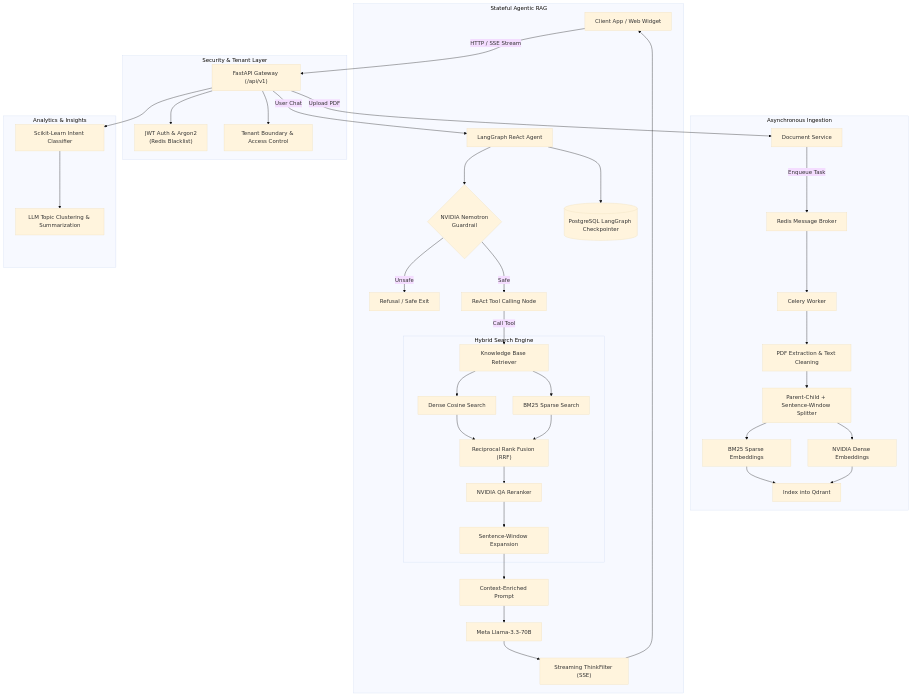
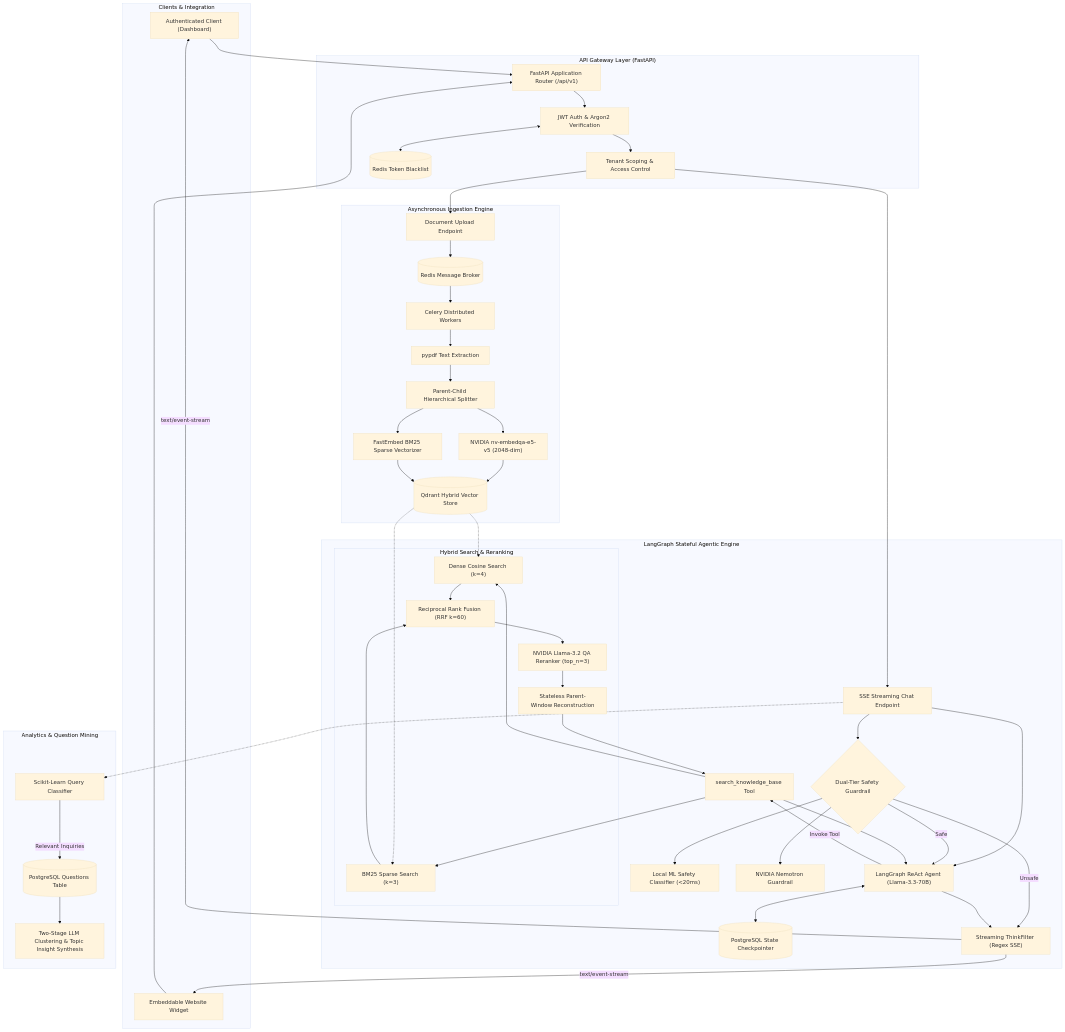
The first of 3 diagrams in README.md (arunpunithkumar3-a11y/Knowra-Ai), drawn with Mermaid (base theme) before and after one commit. The commit also changed other lines of this file and 1 other file, not shown here.

Commit message:
docs: overhaul README with comprehensive architecture, sequence workflows, and benchmarks; fix asyncpg connection scheme

````diff
--- a/README.md
+++ b/README.md
@@ -19,47 +44,88 @@
 ```mermaid
 flowchart TD
-    Client["Client App / Web Widget"] -->|HTTP / SSE Stream| API["FastAPI Gateway (/api/v1)"]
-    
-    subgraph Security & Tenant Layer
-        API --> Auth["JWT Auth & Argon2<br/>(Redis Blacklist)"]
-        API --> MultiTenant["Tenant Boundary & Access Control"]
+    subgraph Clients["Clients & Integration"]
+        Browser["Authenticated Client (Dashboard)"]
+        Widget["Embeddable Website Widget"]
     end
 
-    subgraph Asynchronous Ingestion
-        API -->|Upload PDF| DocService["Document Service"]
-        DocService -->|Enqueue Task| RedisQueue["Redis Message Broker"]
-        RedisQueue --> CeleryWorker["Celery Worker"]
-        CeleryWorker --> PyPDF["PDF Extraction & Text Cleaning"]
-        PyPDF --> Chunking["Parent-Child + Sentence-Window Splitter"]
-        Chunking --> FastEmbed["BM25 Sparse Embeddings"]
-        Chunking --> DenseEmbed["NVIDIA Dense Embeddings"]
-        FastEmbed & DenseEmbed --> QdrantSync["Index into Qdrant"]
+    subgraph Gateway["API Gateway Layer (FastAPI)"]
+        Router["FastAPI Application Router (/api/v1)"]
+        AuthMid["JWT Auth & Argon2 Verification"]
+        TenantMid["Tenant Scoping & Access Control"]
+        RedisRevoke[("Redis Token Blacklist")]
     end
 
-    subgraph Stateful Agentic RAG
-        API -->|User Chat| AgentNode["LangGraph ReAct Agent"]
-        AgentNode --> SafetyCheck{"NVIDIA Nemotron<br/>Guardrail"}
-        SafetyCheck -->|Unsafe| GuardResponse["Refusal / Safe Exit"]
-        SafetyCheck -->|Safe| ToolDecider["ReAct Tool Calling Node"]
-        ToolDecider -->|Call Tool| RetrieverTool["Knowledge Base Retriever"]
-        
-        subgraph Hybrid Search Engine
-            RetrieverTool --> DenseQdrant["Dense Cosine Search"]
-            RetrieverTool --> SparseQdrant["BM25 Sparse Search"]
-            DenseQdrant & SparseQdrant --> RRF["Reciprocal Rank Fusion (RRF)"]
-            RRF --> Rerank["NVIDIA QA Reranker"]
-            Rerank --> WindowExpand["Sentence-Window Expansion"]
-        end
-        
-        WindowExpand --> LLMContext["Context-Enriched Prompt"]
-        LLMContext --> LLM["Meta Llama-3.3-70B"]
-        LLM --> ThinkFilter["Streaming ThinkFilter (SSE)"]
-        ThinkFilter --> Client
-        AgentNode --> PGCheckpointer[("PostgreSQL LangGraph Checkpointer")]
+    subgraph AsyncIngestion["Asynchronous Ingestion Engine"]
+        DocAPI["Document Upload Endpoint"]
+        RedisBroker[("Redis Message Broker")]
+        CeleryWorker["Celery Distributed Workers"]
+        PDFParser["pypdf Text Extraction"]
+        Chunker["Parent-Child Hierarchical Splitter"]
+        DenseModel["NVIDIA nv-embedqa-e5-v5 (2048-dim)"]
+        SparseModel["FastEmbed BM25 Sparse Vectorizer"]
+        QdrantStore[("Qdrant Hybrid Vector Store")]
     end
 
-    subgraph Analytics & Insights
-        API --> QueryClassifier["Scikit-Learn Intent Classifier"]
-        QueryClassifier --> QuestionClustering["LLM Topic Clustering & Summarization"]
+    subgraph AgenticRAG["LangGraph Stateful Agentic Engine"]
+        ChatAPI["SSE Streaming Chat Endpoint"]
+        Checkpointer[("PostgreSQL State Checkpointer")]
+        SafetyGate{"Dual-Tier Safety Guardrail"}
+        ClassifierML["Local ML Safety Classifier (<20ms)"]
+        NemotronGuard["NVIDIA Nemotron Guardrail"]
+        ReActAgent["LangGraph ReAct Agent (Llama-3.3-70B)"]
+        KBTool["search_knowledge_base Tool"]
+        
+        subgraph HybridSearch["Hybrid Search & Reranking"]
+            QdrantDense["Dense Cosine Search (k=4)"]
+            QdrantSparse["BM25 Sparse Search (k=3)"]
+            RRF["Reciprocal Rank Fusion (RRF k=60)"]
+            Rerank["NVIDIA Llama-3.2 QA Reranker (top_n=3)"]
+            WindowReconstruct["Stateless Parent-Window Reconstruction"]
+        end
+
+        ThinkFilter["Streaming ThinkFilter (Regex SSE)"]
     end
+
+    subgraph AnalyticsEngine["Analytics & Question Mining"]
+        RelevanceML["Scikit-Learn Query Classifier"]
+        QuestionRepo[("PostgreSQL Questions Table")]
+        ClusterChain["Two-Stage LLM Clustering & Topic Insight Synthesis"]
+    end
+
+    Browser --> Router
+    Widget --> Router
+    Router --> AuthMid
+    AuthMid <--> RedisRevoke
+    AuthMid --> TenantMid
+
+    TenantMid --> DocAPI
+    DocAPI --> RedisBroker
+    RedisBroker --> CeleryWorker
+    CeleryWorker --> PDFParser --> Chunker
+    Chunker --> DenseModel & SparseModel
+    DenseModel & SparseModel --> QdrantStore
+
+    TenantMid --> ChatAPI
+    ChatAPI --> ReActAgent
+    ReActAgent <--> Checkpointer
+    ChatAPI --> SafetyGate
+    SafetyGate --> ClassifierML
+    SafetyGate --> NemotronGuard
+    SafetyGate -->|Safe| ReActAgent
+    SafetyGate -->|Unsafe| ThinkFilter
+
+    ReActAgent -->|Invoke Tool| KBTool
+    KBTool --> QdrantDense & QdrantSparse
+    QdrantStore -.-> QdrantDense & QdrantSparse
+    QdrantDense & QdrantSparse --> RRF --> Rerank --> WindowReconstruct
+    WindowReconstruct --> KBTool
+    KBTool --> ReActAgent
+
+    ReActAgent --> ThinkFilter
+    ThinkFilter -->|text/event-stream| Browser
+    ThinkFilter -->|text/event-stream| Widget
+
+    ChatAPI -.-> RelevanceML
+    RelevanceML -->|Relevant Inquiries| QuestionRepo
+    QuestionRepo --> ClusterChain
 ```
````
